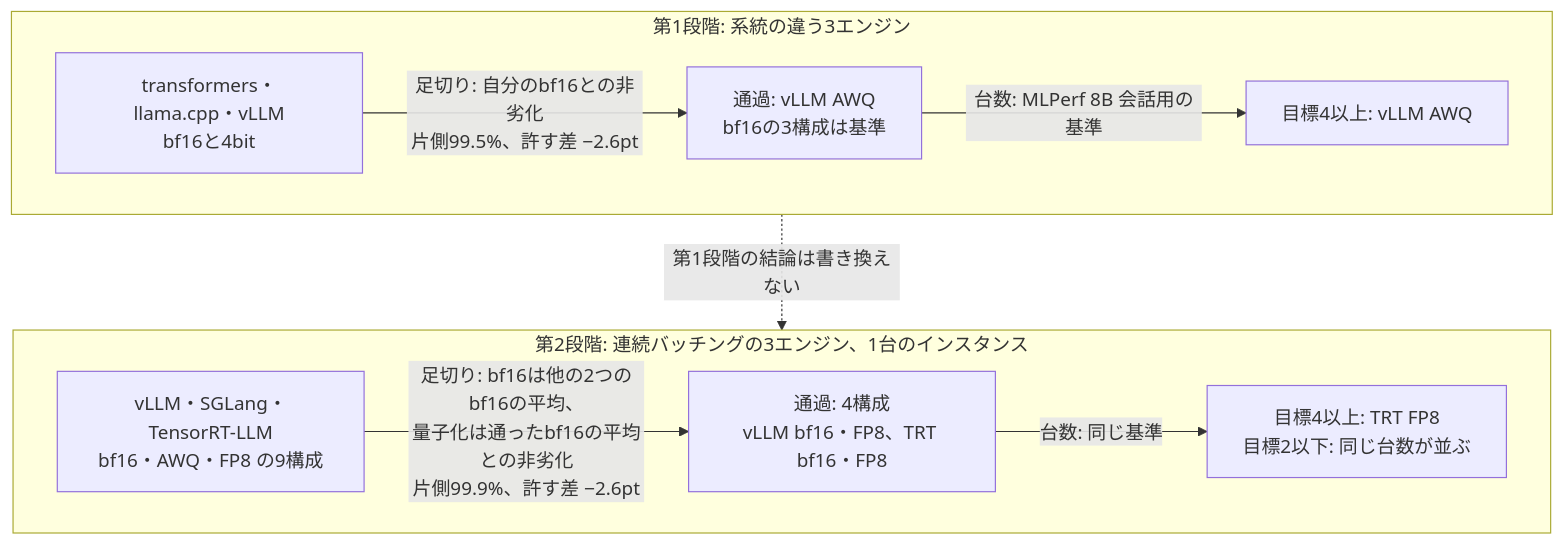
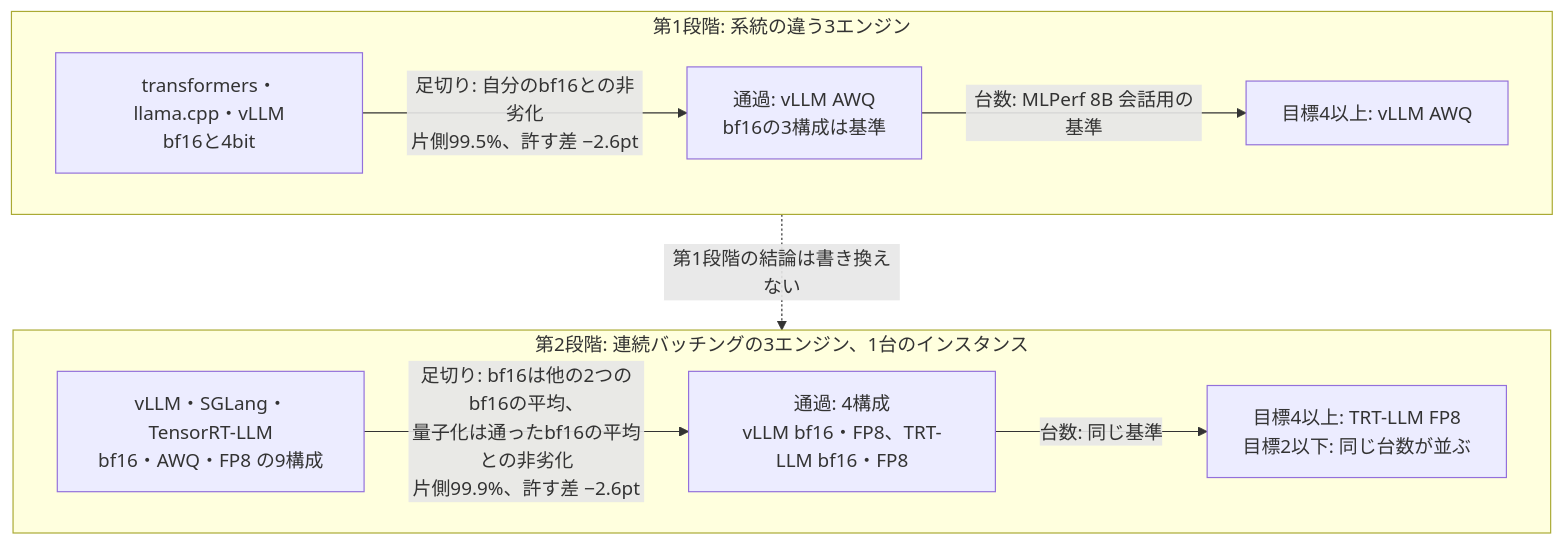
The diagram in README.md (yuya0408/toolcall-serving-bench), drawn with Mermaid before and after one commit. The commit also changed other lines of this file and 13 other files, not shown here.

````diff
--- a/README.md
+++ b/README.md
@@ -11,14 +11,14 @@
 ```mermaid
 flowchart TB
     subgraph S1["第1段階: 系統の違う3エンジン"]
         direction LR
         A1["transformers・llama.cpp・vLLM<br/>bf16と4bit"] -->|"足切り: 自分のbf16との非劣化<br/>片側99.5%、許す差 −2.6pt"| B1["通過: vLLM AWQ<br/>bf16の3構成は基準"]
         B1 -->|"台数: MLPerf 8B 会話用の基準"| C1["目標4以上: vLLM AWQ"]
     end
     subgraph S2["第2段階: 連続バッチングの3エンジン、1台のインスタンス"]
         direction LR
-        A2["vLLM・SGLang・TensorRT-LLM<br/>bf16・AWQ・FP8 の9構成"] -->|"足切り: bf16は他の2つのbf16の平均、<br/>量子化は通ったbf16の平均との非劣化<br/>片側99.9%、許す差 −2.6pt"| B2["通過: 4構成<br/>vLLM bf16・FP8、TRT bf16・FP8"]
-        B2 -->|"台数: 同じ基準"| C2["目標4以上: TRT FP8<br/>目標2以下: 同じ台数が並ぶ"]
+        A2["vLLM・SGLang・TensorRT-LLM<br/>bf16・AWQ・FP8 の9構成"] -->|"足切り: bf16は他の2つのbf16の平均、<br/>量子化は通ったbf16の平均との非劣化<br/>片側99.9%、許す差 −2.6pt"| B2["通過: 4構成<br/>vLLM bf16・FP8、TRT-LLM bf16・FP8"]
+        B2 -->|"台数: 同じ基準"| C2["目標4以上: TRT-LLM FP8<br/>目標2以下: 同じ台数が並ぶ"]
     end
     S1 -.->|"第1段階の結論は書き換えない"| S2
 ```
````
